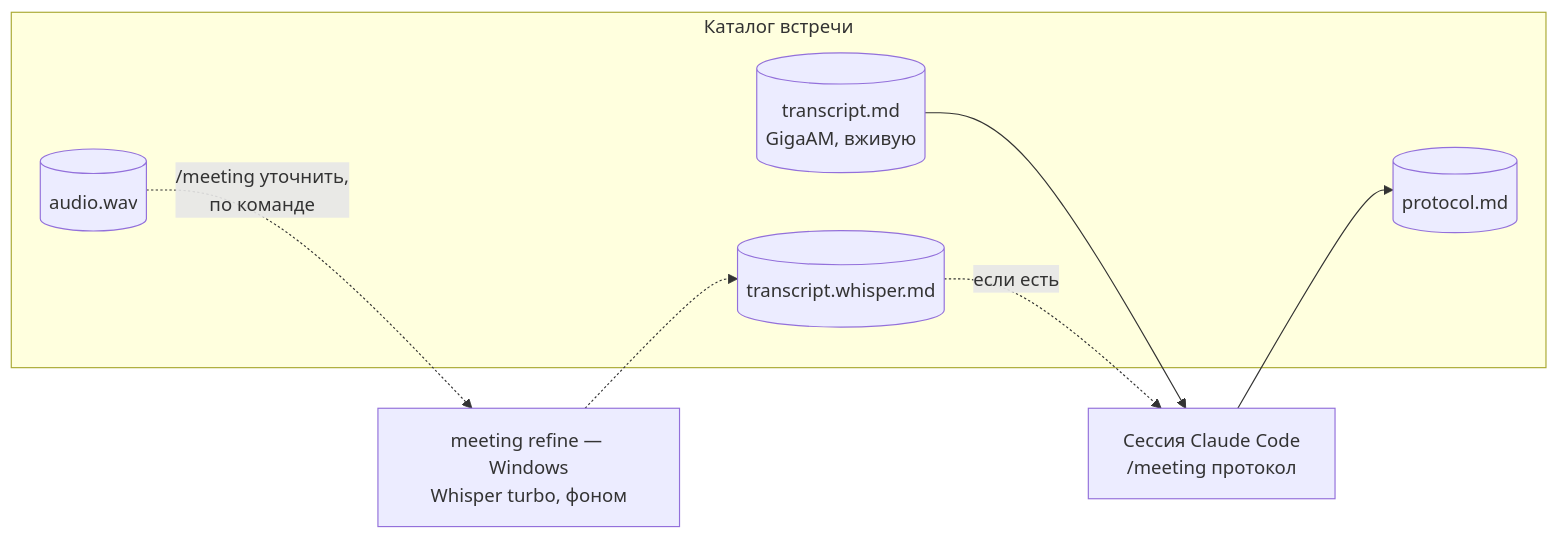
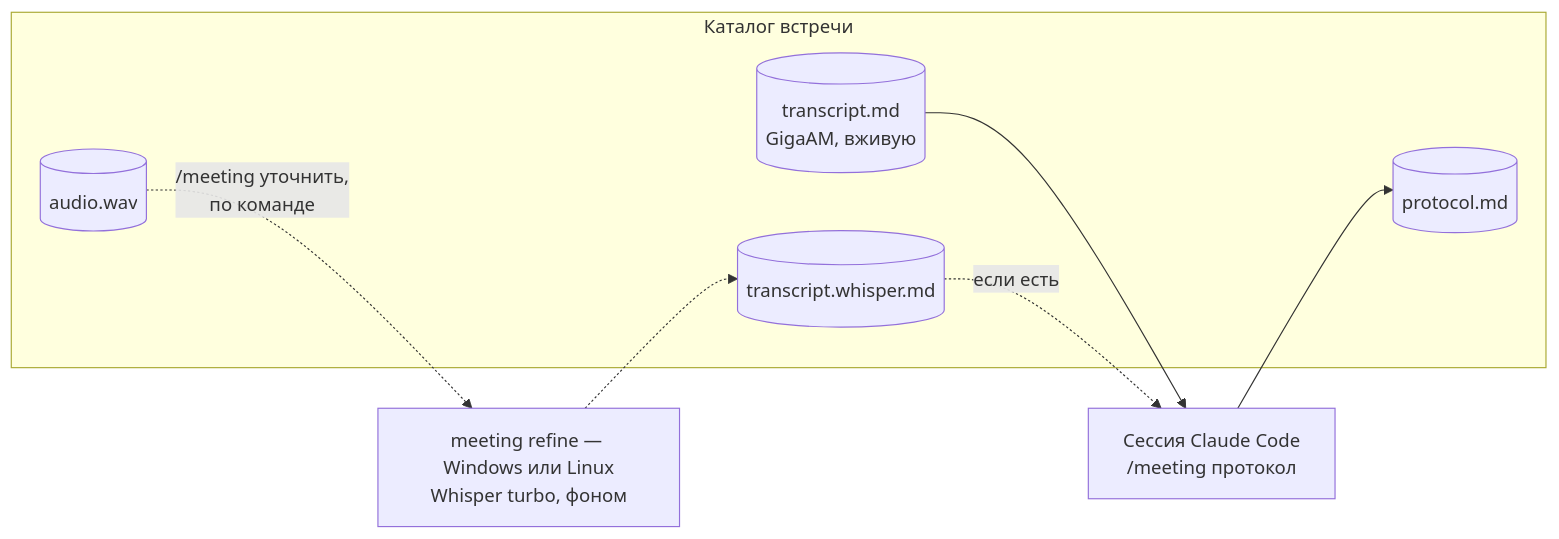
Before and after one commit to juk-777/MeetingAssistant: the second of 2 diagrams in docs/architecture.md, drawn with Mermaid. The commit also changed other lines of this file and 21 other files, not shown here.

First line of the commit message:
Скилл /meeting на Linux: окно в эмуляторе терминала, install.sh, notify-send (#16, часть 2) (#51)

````diff
--- a/docs/architecture.md
+++ b/docs/architecture.md
@@ -48,18 +48,18 @@
 ```mermaid
 flowchart LR
     subgraph folder["Каталог встречи"]
         wav[("audio.wav")]
         transcript[("transcript.md<br/>GigaAM, вживую")]
         whisper[("transcript.whisper.md")]
         protocol[("protocol.md")]
     end
 
-    refine["meeting refine — Windows<br/>Whisper turbo, фоном"]
+    refine["meeting refine — Windows или Linux<br/>Whisper turbo, фоном"]
     claude["Сессия Claude Code<br/>/meeting протокол"]
 
     wav -.->|"/meeting уточнить,<br/>по команде"| refine
     refine -.-> whisper
     transcript --> claude
     whisper -.->|"если есть"| claude
     claude --> protocol
 ```
````
